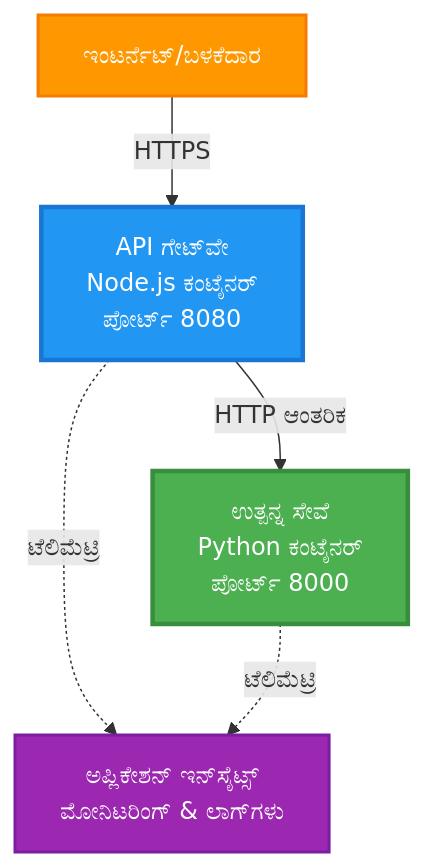
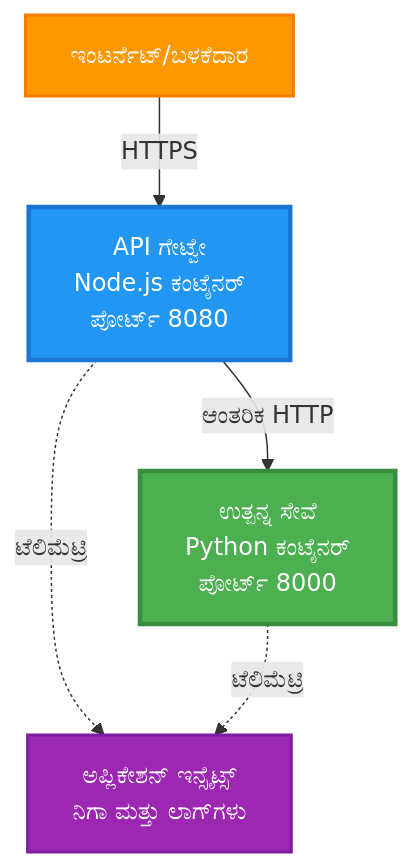
Before and after one commit to microsoft/AZD-for-beginners: the first of 4 diagrams in translations/kn/examples/microservices/README.md, drawn with Mermaid. The commit also changed other lines of this file and 470 other files, not shown here.

````diff
--- a/translations/kn/examples/microservices/README.md
+++ b/translations/kn/examples/microservices/README.md
@@ -40,17 +31,17 @@
 ```mermaid
 graph TB
     Internet[ಇಂಟರ್ನೆಟ್/ಬಳಕೆದಾರ]
-    Gateway[API ಗೇಟ್‌ವೇ<br/>Node.js ಕಂಟೈನರ್<br/>ಪೋರ್ಟ್ 8080]
+    Gateway[API ಗೇಟ್ವೇ<br/>Node.js ಕಂಟೈನರ್<br/>ಪೋರ್ಟ್ 8080]
     Product[ಉತ್ಪನ್ನ ಸೇವೆ<br/>Python ಕಂಟೈನರ್<br/>ಪೋರ್ಟ್ 8000]
-    AppInsights[ಅಪ್ಲಿಕೇಶನ್ ಇನ್‌ಸೈಟ್ಸ್<br/>ಮೋನಿಟರಿಂಗ್ & ಲಾಗ್‌ಗಳು]
+    AppInsights[ಅಪ್ಲಿಕೇಶನ್ ಇನ್ಸೈಟ್ಸ್<br/>ನಿಗಾ ಮತ್ತು ಲಾಗ್‌ಗಳು]
     
     Internet -->|HTTPS| Gateway
-    Gateway -->|HTTP ಆಂತರಿಕ| Product
+    Gateway -->|ಆಂತರಿಕ HTTP| Product
     Gateway -.->|ಟೆಲಿಮೆಟ್ರಿ| AppInsights
     Product -.->|ಟೆಲಿಮೆಟ್ರಿ| AppInsights
     
     style Gateway fill:#2196F3,stroke:#1976D2,stroke-width:3px,color:#fff
     style Product fill:#4CAF50,stroke:#388E3C,stroke-width:3px,color:#fff
     style Internet fill:#FF9800,stroke:#F57C00,stroke-width:2px,color:#fff
     style AppInsights fill:#9C27B0,stroke:#7B1FA2,stroke-width:2px,color:#fff
 ```
````
